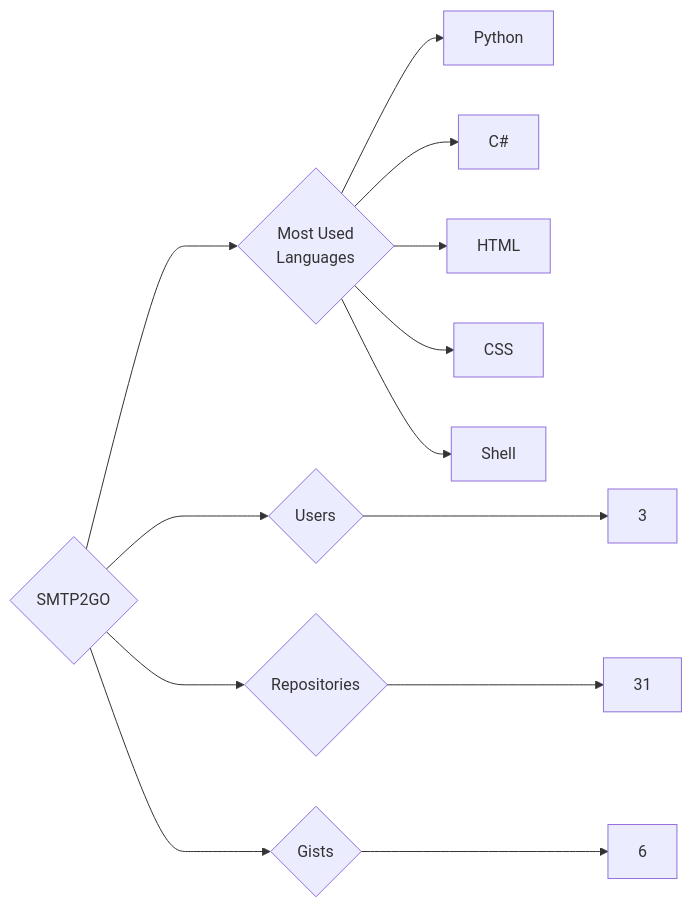
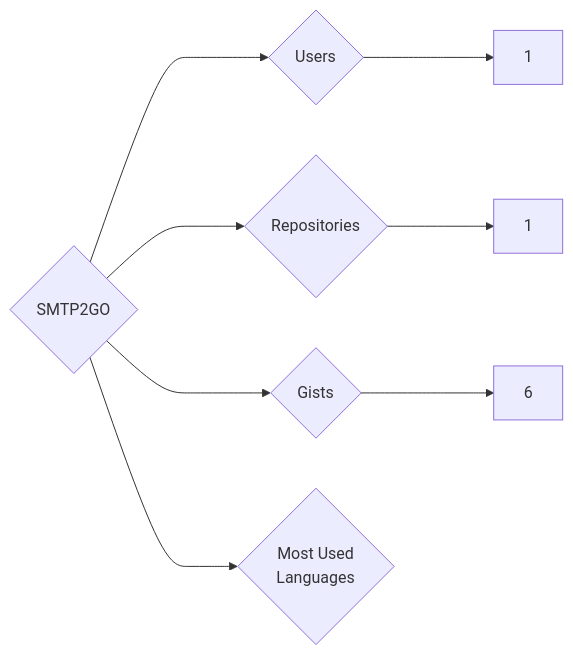
The diagram in targets/SMTP2GO/README.md (trickest/insiders), drawn with Mermaid before and after one commit. The commit also changed 953 other files, not shown here.

````diff
--- a/targets/SMTP2GO/README.md
+++ b/targets/SMTP2GO/README.md
@@ -3,13 +3,8 @@
 ```mermaid
 graph LR
 COMPANY_NAME{SMTP2GO}
-COMPANY_NAME ---> U{Users} ---> UN[3]
-COMPANY_NAME ---> R{Repositories} ---> RN[31]
+COMPANY_NAME ---> U{Users} ---> UN[1]
+COMPANY_NAME ---> R{Repositories} ---> RN[1]
 COMPANY_NAME ---> G{Gists} ---> GN[6]
 COMPANY_NAME ---> ML{Most Used<br>Languages}
-ML --> Python[Python]
-ML --> C#[C#]
-ML --> HTML[HTML]
-ML --> CSS[CSS]
-ML --> Shell[Shell]
 ```
````
